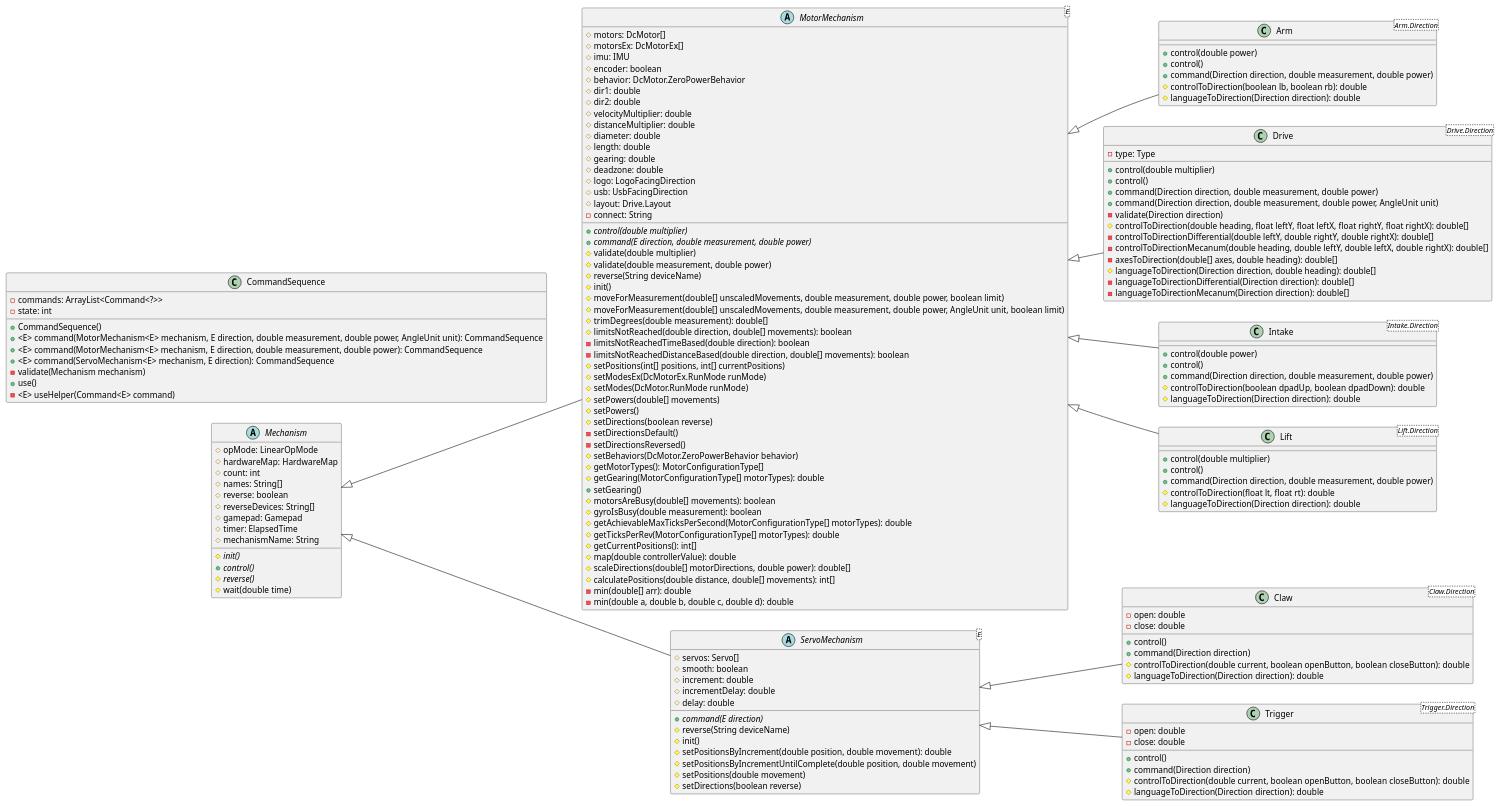
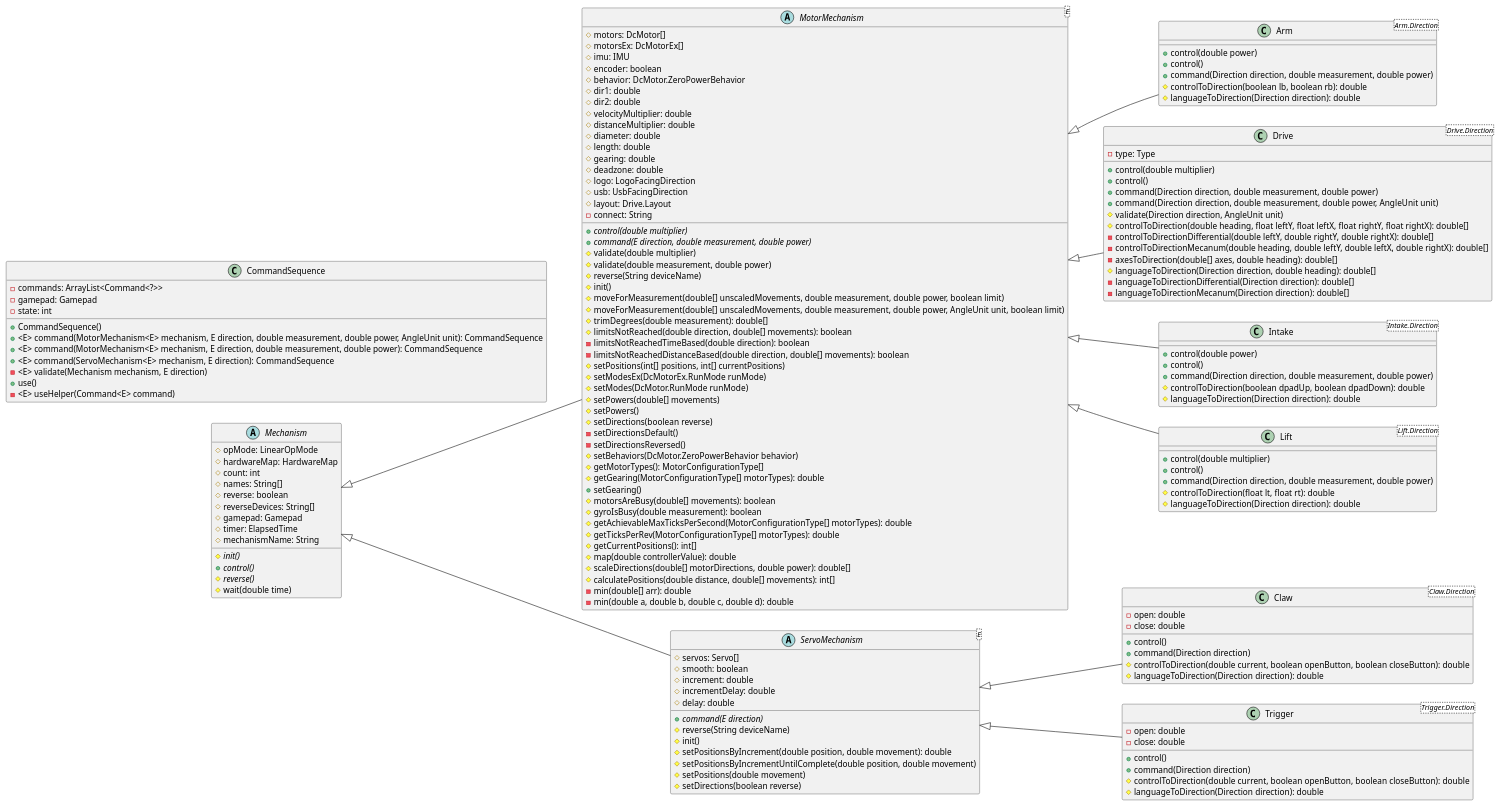
Before and after one commit to Collegiate-Edu-Nation/easy-ftc: the diagram in docs/uml/src/mechanism.puml, drawn with PlantUML.

Commit message:
docs: update uml for CommandSequence and Drive

```diff
--- a/docs/uml/src/mechanism.puml
+++ b/docs/uml/src/mechanism.puml
@@ -1,170 +1,171 @@
 @startuml
 
 left to right direction
 
 abstract class Mechanism {
     # opMode: LinearOpMode
     # hardwareMap: HardwareMap
     # count: int
     # names: String[]
     # reverse: boolean
     # reverseDevices: String[]
     # gamepad: Gamepad
     # timer: ElapsedTime
     # mechanismName: String
     {abstract}# init()
     {abstract}+ control()
     {abstract}# reverse()
     # wait(double time)
 }
 
 abstract class MotorMechanism<E> {
     # motors: DcMotor[] 
     # motorsEx: DcMotorEx[] 
     # imu: IMU
     # encoder: boolean
     # behavior: DcMotor.ZeroPowerBehavior
     # dir1: double
     # dir2: double
     # velocityMultiplier: double
     # distanceMultiplier: double
     # diameter: double
     # length: double
     # gearing: double
     # deadzone: double
     # logo: LogoFacingDirection
     # usb: UsbFacingDirection
     # layout: Drive.Layout
     - connect: String
     {abstract}+ control(double multiplier)
     {abstract}+ command(E direction, double measurement, double power)
     # validate(double multiplier)
     # validate(double measurement, double power)
     # reverse(String deviceName)
     # init()
     # moveForMeasurement(double[] unscaledMovements, double measurement, double power, boolean limit)
     # moveForMeasurement(double[] unscaledMovements, double measurement, double power, AngleUnit unit, boolean limit)
     # trimDegrees(double measurement): double[]
     # limitsNotReached(double direction, double[] movements): boolean
     - limitsNotReachedTimeBased(double direction): boolean
     - limitsNotReachedDistanceBased(double direction, double[] movements): boolean
     # setPositions(int[] positions, int[] currentPositions)
     # setModesEx(DcMotorEx.RunMode runMode)
     # setModes(DcMotor.RunMode runMode)
     # setPowers(double[] movements)
     # setPowers()
     # setDirections(boolean reverse)
     - setDirectionsDefault()
     - setDirectionsReversed()
     # setBehaviors(DcMotor.ZeroPowerBehavior behavior)
     # getMotorTypes(): MotorConfigurationType[]
     # getGearing(MotorConfigurationType[] motorTypes): double
     + setGearing()
     # motorsAreBusy(double[] movements): boolean
     # gyroIsBusy(double measurement): boolean
     # getAchievableMaxTicksPerSecond(MotorConfigurationType[] motorTypes): double
     # getTicksPerRev(MotorConfigurationType[] motorTypes): double
     # getCurrentPositions(): int[]
     # map(double controllerValue): double
     # scaleDirections(double[] motorDirections, double power): double[]
     # calculatePositions(double distance, double[] movements): int[]
     - min(double[] arr): double
     - min(double a, double b, double c, double d): double
 }
 
 abstract class ServoMechanism<E> {
     # servos: Servo[]
     # smooth: boolean
     # increment: double
     # incrementDelay: double
     # delay: double
     {abstract}+ command(E direction)
     # reverse(String deviceName)
     # init()
     # setPositionsByIncrement(double position, double movement): double
     # setPositionsByIncrementUntilComplete(double position, double movement)
     # setPositions(double movement)
     # setDirections(boolean reverse)
 }
 
 class CommandSequence {
     - commands: ArrayList<Command<?>>
+    - gamepad: Gamepad
     - state: int
     + CommandSequence()
     + <E> command(MotorMechanism<E> mechanism, E direction, double measurement, double power, AngleUnit unit): CommandSequence
     + <E> command(MotorMechanism<E> mechanism, E direction, double measurement, double power): CommandSequence
     + <E> command(ServoMechanism<E> mechanism, E direction): CommandSequence
-    - validate(Mechanism mechanism)
+    - <E> validate(Mechanism mechanism, E direction)
     + use()
     - <E> useHelper(Command<E> command)
 }
 
 class Arm<Arm.Direction> {
     + control(double power)
     + control()
     + command(Direction direction, double measurement, double power)
     # controlToDirection(boolean lb, boolean rb): double
     # languageToDirection(Direction direction): double
 }
 
 class Claw<Claw.Direction> {
     - open: double
     - close: double
     + control()
     + command(Direction direction)
     # controlToDirection(double current, boolean openButton, boolean closeButton): double
     # languageToDirection(Direction direction): double
 }
 
 class Drive<Drive.Direction> {
     - type: Type
     + control(double multiplier)
     + control()
     + command(Direction direction, double measurement, double power)
     + command(Direction direction, double measurement, double power, AngleUnit unit)
-    - validate(Direction direction)
+    # validate(Direction direction, AngleUnit unit)
     # controlToDirection(double heading, float leftY, float leftX, float rightY, float rightX): double[]
     - controlToDirectionDifferential(double leftY, double rightY, double rightX): double[]
     - controlToDirectionMecanum(double heading, double leftY, double leftX, double rightX): double[]
     - axesToDirection(double[] axes, double heading): double[]
     # languageToDirection(Direction direction, double heading): double[]
     - languageToDirectionDifferential(Direction direction): double[]
     - languageToDirectionMecanum(Direction direction): double[]
 }
 
 class Intake<Intake.Direction> {
     + control(double power)
     + control()
     + command(Direction direction, double measurement, double power)
     # controlToDirection(boolean dpadUp, boolean dpadDown): double
     # languageToDirection(Direction direction): double
 }
 
 class Lift<Lift.Direction> {
     + control(double multiplier)
     + control()
     + command(Direction direction, double measurement, double power)
     # controlToDirection(float lt, float rt): double
     # languageToDirection(Direction direction): double
 }
 
 class Trigger<Trigger.Direction> {
     - open: double
     - close: double
     + control()
     + command(Direction direction)
     # controlToDirection(double current, boolean openButton, boolean closeButton): double
     # languageToDirection(Direction direction): double
 }
 
 Mechanism <|-- MotorMechanism
 Mechanism <|-- ServoMechanism
 
 MotorMechanism <|-- Arm
 ServoMechanism <|-- Claw
 MotorMechanism <|-- Drive
 MotorMechanism <|-- Intake
 MotorMechanism <|-- Lift
 ServoMechanism <|-- Trigger
 
 @enduml
```
